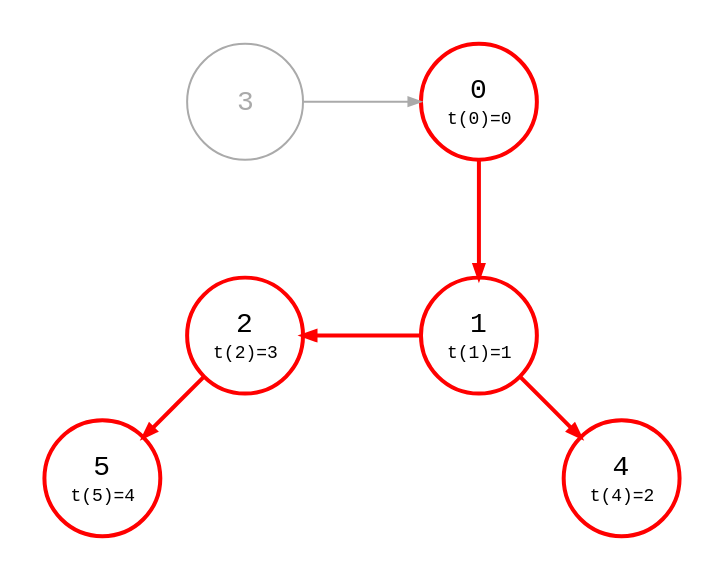
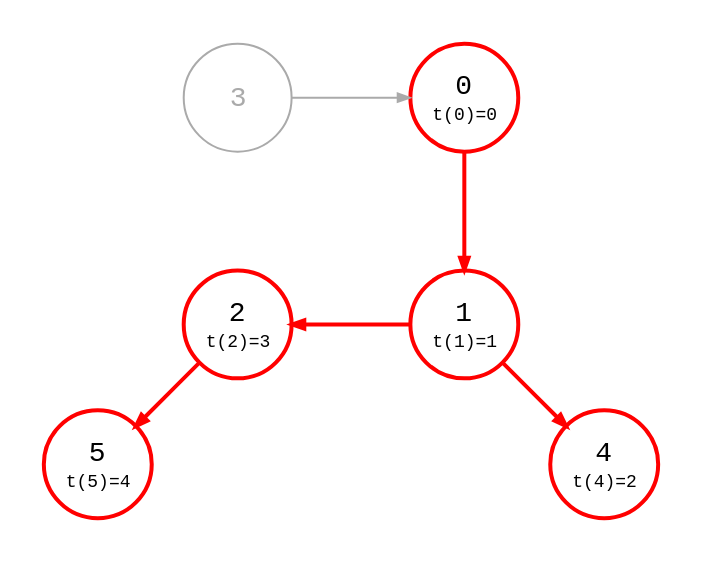
The diagram in src/dfs_1-0.87.4.dot (bsdrks/graaf-images), drawn with Graphviz before and after one commit. The commit also changed 39 other files, not shown here.

```diff
--- a/src/dfs_1-0.87.4.dot
+++ b/src/dfs_1-0.87.4.dot
@@ -1,116 +1,116 @@
 digraph {
-    node [shape=circle, fontname="monospace", fixedsize=true, width="0.8"];
+    node [shape=circle, fontname="monospace", fixedsize=true, width="0.75"];
     edge [arrowsize=0.6, fontname="monospace", fontsize=9];
     layout=circo;
     scale=1.0;
     normalize=true;
     pad=0.2;
     splines=line
 
     3 [color="#aaaaaa", fontcolor="#aaaaaa"];
     0, 1, 2, 4, 5 [style=bold, color=red];
 
     0 [
         label=<
             <table border="0" cellpadding="1" cellspacing="0">
                 <tr>
                     <td>0</td>
                 </tr>
                 <tr>
                     <td><font point-size="9">t(0)=0</font></td>
                 </tr>
             </table>
         >,
         color=red,
         style=bold
     ];
 
     1 [
         label=<
             <table border="0" cellpadding="1" cellspacing="0">
                 <tr>
                     <td>1</td>
                 </tr>
                 <tr>
                     <td><font point-size="9">t(1)=1</font></td>
                 </tr>
             </table>
         >,
         color=red,
         style=bold
     ];
 
     2 [
         label=<
             <table border="0" cellpadding="1" cellspacing="0">
                 <tr>
                     <td>2</td>
                 </tr>
                 <tr>
                     <td><font point-size="9">t(2)=3</font></td>
                 </tr>
             </table>
         >,
     ];
 
     3 [
         label=<
             <table border="0" cellpadding="1" cellspacing="0">
                 <tr>
                     <td>3</td>
                 </tr>
             </table>
         >,
     ];
 
     4 [
         label=<
             <table border="0" cellpadding="1" cellspacing="0">
                 <tr>
                     <td>4</td>
                 </tr>
                 <tr>
                     <td><font point-size="9">t(4)=2</font></td>
                 </tr>
             </table>
         >,
     ];
 
     5 [
         label=<
             <table border="0" cellpadding="1" cellspacing="0">
                 <tr>
                     <td>5</td>
                 </tr>
                 <tr>
                     <td><font point-size="9">t(5)=4</font></td>
                 </tr>
             </table>
         >,
     ];
 
 
     0 -> 1 [
         style=bold;
         color=red;
     ];
 
     3 -> 0 [color="#aaaaaa"];
 
     1 -> 2 [
         style=bold;
         color=red;
     ];
 
     2 -> 3 [style=invis];
 
     1 -> 4 [
         style=bold;
         color=red;
     ];
 
     2 -> 5 [
         style=bold;
         color=red;
     ];
 }
```
